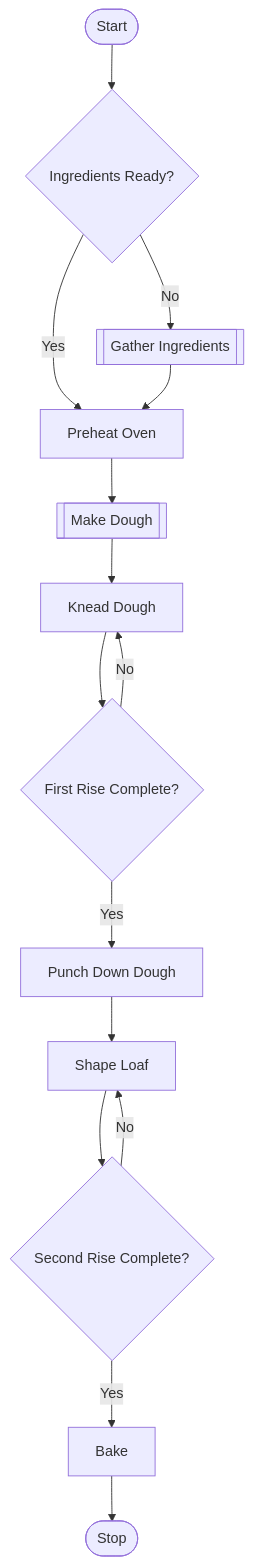
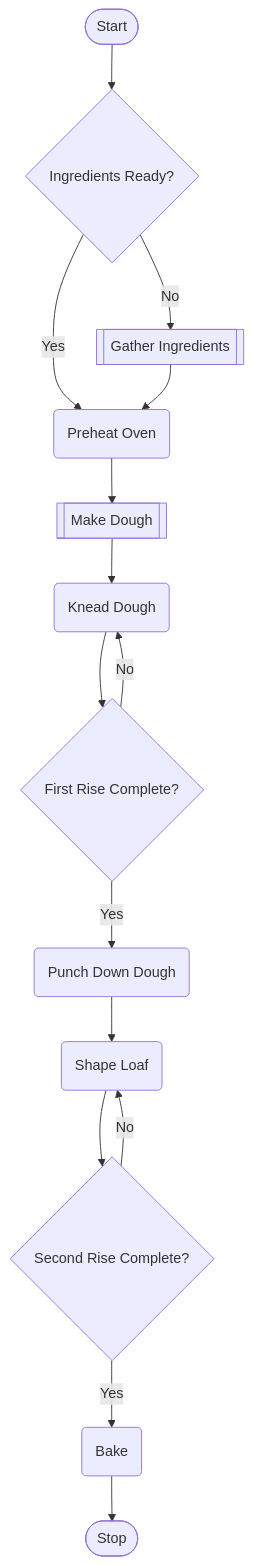
One commit to davrot/pytutorial changed the first of 3 diagrams in flow/baking_bread/README.md. Above: the diagram before and after it, drawn with Mermaid. The commit also changed other lines of this file, not shown here.

```diff
--- a/flow/baking_bread/README.md
+++ b/flow/baking_bread/README.md
@@ -6,16 +19,16 @@
   <pre class="mermaid">
     graph TD
     A(["Start"]) --> B{"Ingredients Ready?"}
-    B -->|"Yes"| C["Preheat Oven"]
+    B -->|"Yes"| C("Preheat Oven")
     B -->|"No"| D[["Gather Ingredients"]]
     D --> C
-    C --> md[["Make Dough"]] --> E["Knead Dough"]
+    C --> md[["Make Dough"]] --> E("Knead Dough")
     E --> F{"First Rise Complete?"}
-    F -->|"Yes"| G["Punch Down Dough"]
+    F -->|"Yes"| G("Punch Down Dough")
     F -->|"No"| E
-    G --> H["Shape Loaf"]
+    G --> H("Shape Loaf")
     H --> I{"Second Rise Complete?"}
-    I -->|"Yes"| J["Bake"]
+    I -->|"Yes"| J("Bake")
     I -->|"No"| H
     J --> K(["Stop"])
   </pre>  
```
